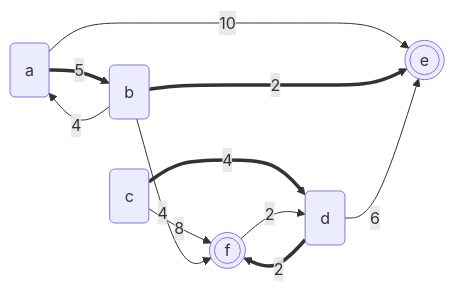
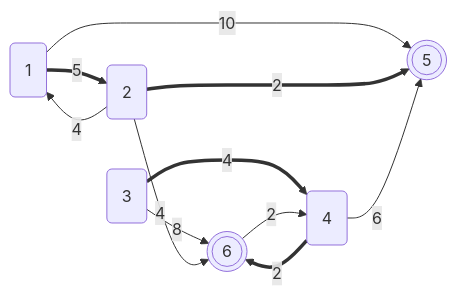
Before and after one commit to proftak/modules: the first of 2 diagrams in 0310/mdModule.md, drawn with Mermaid.

````diff
--- a/0310/mdModule.md
+++ b/0310/mdModule.md
@@ -177,19 +177,19 @@
 ```mermaid
 flowchart LR
-a(a)
-b(b)
-c(c)
-d(d)
-e(((e)))
-f(((f)))
+a(1)
+b(2)
+c(3)
+d(4)
+e(((5)))
+f(((6)))
 a-- 10 -->e
 a== 5 ==>b
 c-- 8 -->f
 b== 2 ==>e
 b-- 4 -->f
 c== 4 ==>d
 d-- 6 -->e
 d== 2 ==>f
 b-- 4 -->a
 f-- 2 -->d
 ```
````
